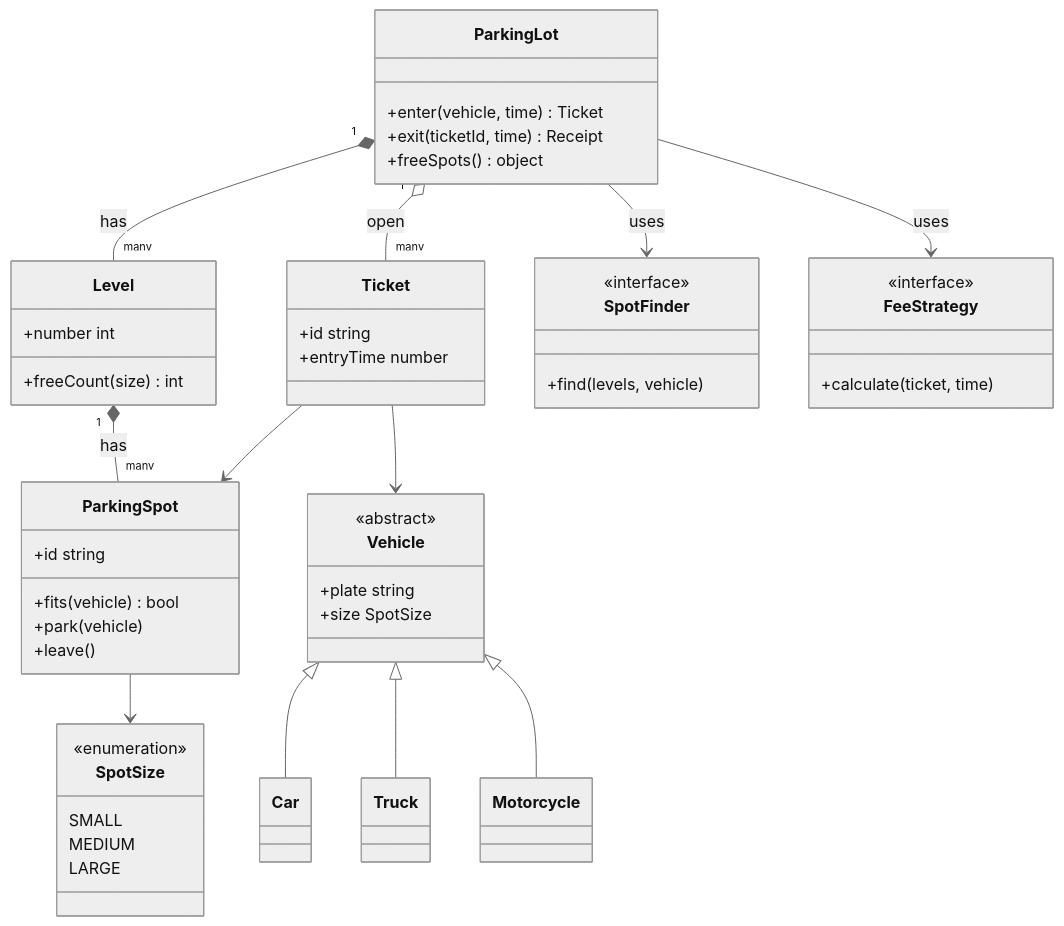
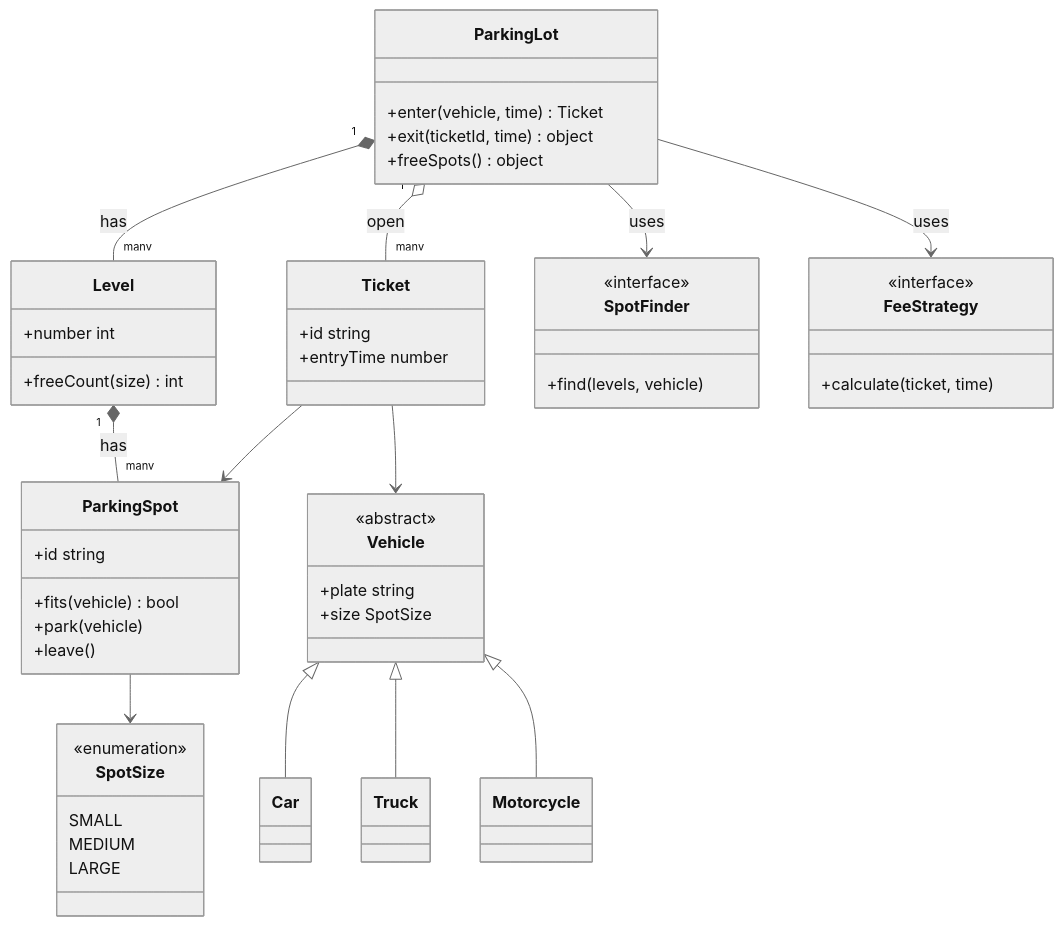
The first of 2 diagrams in content/low-level-design/problems/parking-lot.mdx (iamrs77/interview-ready), drawn with Mermaid (neutral theme) before and after one commit. The commit also changed other lines of this file and 70 other files, not shown here.

````diff
--- a/content/low-level-design/problems/parking-lot.mdx
+++ b/content/low-level-design/problems/parking-lot.mdx
@@ -76,56 +76,56 @@
 ```mermaid
 classDiagram
   direction TB
   class ParkingLot:::concrete {
     +enter(vehicle, time) Ticket
-    +exit(ticketId, time) Receipt
+    +exit(ticketId, time) object
     +freeSpots() object
   }
   class Level:::concrete {
     +number int
     +freeCount(size) int
   }
   class ParkingSpot:::concrete {
     +id string
     +fits(vehicle) bool
     +park(vehicle)
     +leave()
   }
   class Ticket:::concrete {
     +id string
     +entryTime number
   }
   class Vehicle:::abstract {
     <<abstract>>
     +plate string
     +size SpotSize
   }
   class Car:::concrete
   class Truck:::concrete
   class Motorcycle:::concrete
   class SpotSize:::enum {
     <<enumeration>>
     SMALL
     MEDIUM
     LARGE
   }
   class SpotFinder:::iface {
     <<interface>>
     +find(levels, vehicle)
   }
   class FeeStrategy:::iface {
     <<interface>>
     +calculate(ticket, time)
   }
   ParkingLot "1" *-- "many" Level : has
   Level "1" *-- "many" ParkingSpot : has
   ParkingLot "1" o-- "many" Ticket : open
   Ticket --> ParkingSpot
   Ticket --> Vehicle
   ParkingLot --> SpotFinder : uses
   ParkingLot --> FeeStrategy : uses
   Vehicle <|-- Car
   Vehicle <|-- Truck
   Vehicle <|-- Motorcycle
   ParkingSpot --> SpotSize
 ```
````
